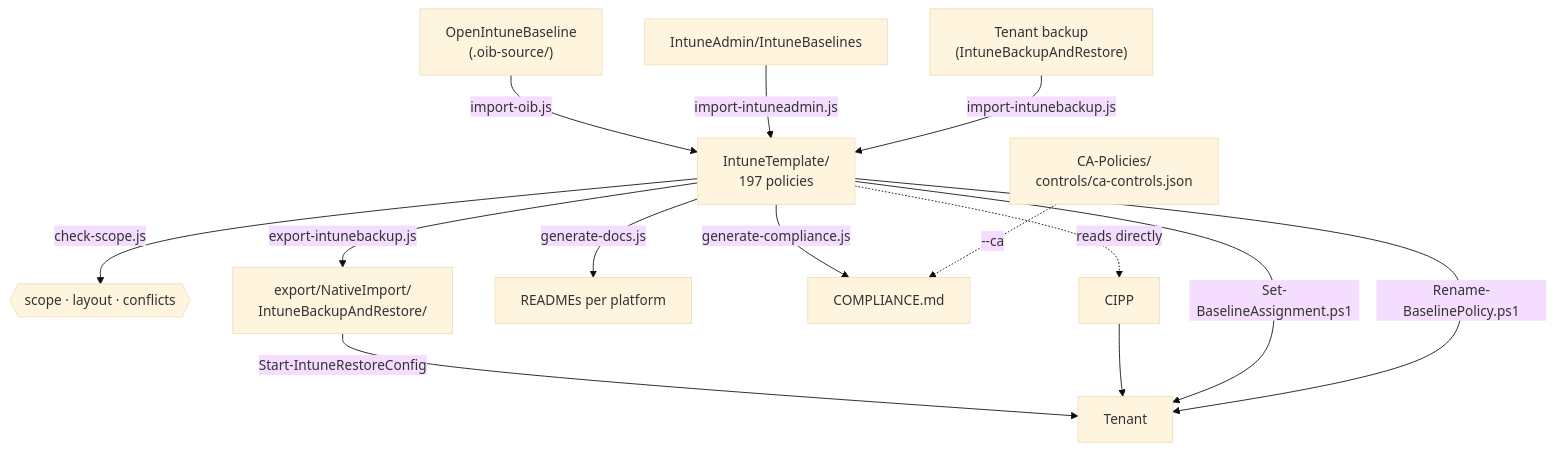
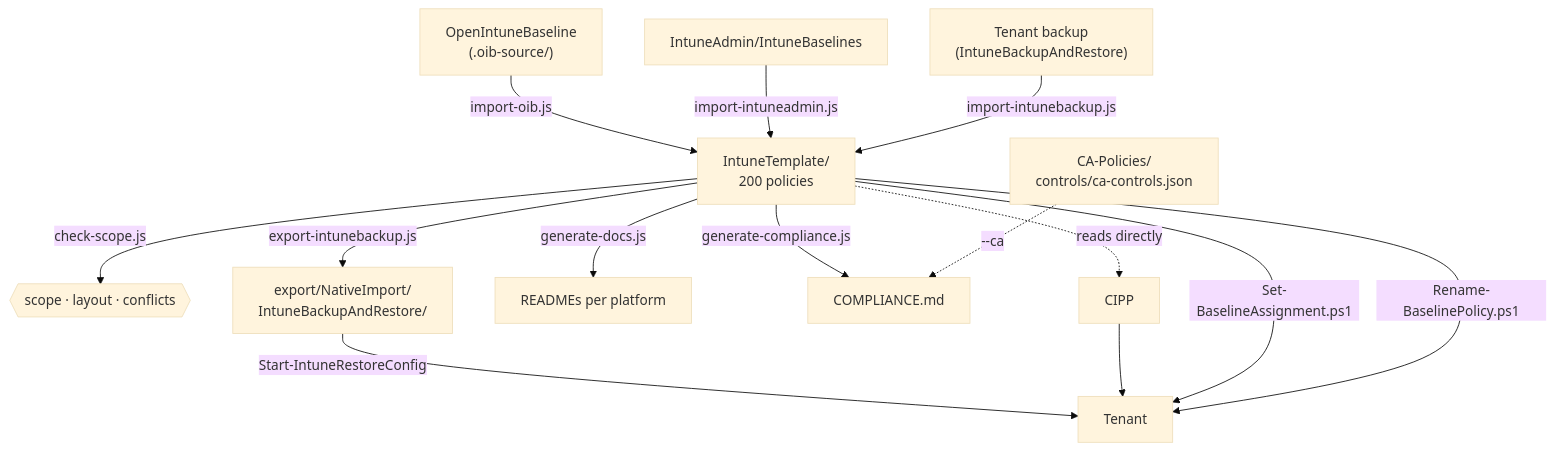
One commit to sjkanon/IntuneBackup changed the diagram in scripts/README.en.md. Above: the diagram before and after it, drawn with Mermaid (base theme). The commit also changed 63 other files, not shown here.

````diff
--- a/scripts/README.en.md
+++ b/scripts/README.en.md
@@ -9,17 +9,17 @@
 ```mermaid
 flowchart TD
   OIB["OpenIntuneBaseline<br/>(.oib-source/)"] -->|import-oib.js| T
   IA["IntuneAdmin/IntuneBaselines"] -->|import-intuneadmin.js| T
   TEN["Tenant backup<br/>(IntuneBackupAndRestore)"] -->|import-intunebackup.js| T
-  T["IntuneTemplate/<br/>197 policies"]
+  T["IntuneTemplate/<br/>200 policies"]
   T -->|check-scope.js| CHK{{"scope · layout · conflicts"}}
   T -->|export-intunebackup.js| EX["export/NativeImport/<br/>IntuneBackupAndRestore/"]
   T -->|generate-docs.js| DOC["READMEs per platform"]
   T -->|generate-compliance.js| CMP["COMPLIANCE.md"]
   CA["CA-Policies/<br/>controls/ca-controls.json"] -.->|--ca| CMP
   T -.->|reads directly| CIPP["CIPP"]
   EX -->|Start-IntuneRestoreConfig| TENANT["Tenant"]
   CIPP --> TENANT
   T -->|Set-BaselineAssignment.ps1| TENANT
   T -->|Rename-BaselinePolicy.ps1| TENANT
 ```
````
